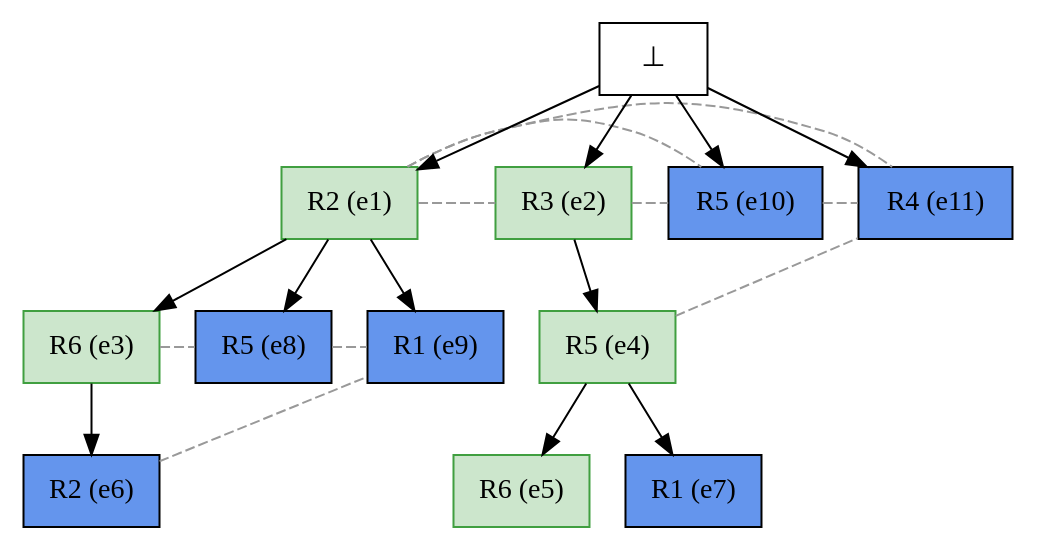
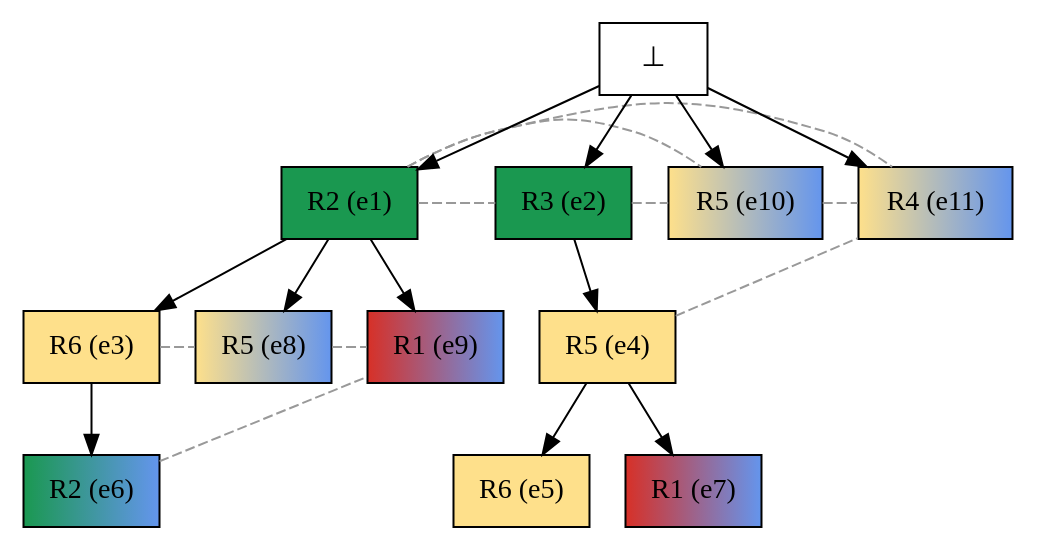
Before and after one commit to giannkas/ecofolder: the diagram in examples/tasmanian_toymodel_paper/tasmanian_toymodel_paper_pr_unf_evstr.dot, drawn with Graphviz. The commit also changed 27 other files, not shown here.

```diff
--- a/examples/tasmanian_toymodel_paper/tasmanian_toymodel_paper_pr_unf_evstr.dot
+++ b/examples/tasmanian_toymodel_paper/tasmanian_toymodel_paper_pr_unf_evstr.dot
@@ -1,37 +1,37 @@
 digraph test {
 
 //conflicts
   e1 -> e2 [arrowhead=none color=gray60 style=dashed constraint=false];
   e1 -> e10 [arrowhead=none color=gray60 style=dashed constraint=false];
   e1 -> e11 [arrowhead=none color=gray60 style=dashed constraint=false];
   e2 -> e10 [arrowhead=none color=gray60 style=dashed constraint=false];
   e3 -> e8 [arrowhead=none color=gray60 style=dashed constraint=false];
   e4 -> e11 [arrowhead=none color=gray60 style=dashed constraint=false];
   e6 -> e9 [arrowhead=none color=gray60 style=dashed constraint=false];
   e8 -> e9 [arrowhead=none color=gray60 style=dashed constraint=false];
   e10 -> e11 [arrowhead=none color=gray60 style=dashed constraint=false];
 
   e4 -> e5 [minlen=1];
   e2 -> e4 [minlen=1];
   e3 -> e6 [minlen=1];
   e1 -> e3 [minlen=1];
   e4 -> e7 [minlen=1];
   e1 -> e8 [minlen=1];
   e1 -> e9 [minlen=1];
   e0 -> e1 [minlen=1];
   e0 -> e2 [minlen=1];
   e0 -> e10 [minlen=1];
   e0 -> e11 [minlen=1];
-  e1 [color="#409f40" fillcolor="#cce6cc:#cce6cc" label="R2 (e1)" shape=box style=filled];
-  e2 [color="#409f40" fillcolor="#cce6cc:#cce6cc" label="R3 (e2)" shape=box style=filled];
-  e3 [color="#409f40" fillcolor="#cce6cc:#cce6cc" label="R6 (e3)" shape=box style=filled];
-  e4 [color="#409f40" fillcolor="#cce6cc:#cce6cc" label="R5 (e4)" shape=box style=filled];
-  e5 [color="#409f40" fillcolor="#cce6cc:#cce6cc" label="R6 (e5)" shape=box style=filled];
-  e6 [color="black" fillcolor="cornflowerblue:cornflowerblue" label="R2 (e6)" shape=box style=filled];
-  e7 [color="black" fillcolor="cornflowerblue:cornflowerblue" label="R1 (e7)" shape=box style=filled];
-  e8 [color="black" fillcolor="cornflowerblue:cornflowerblue" label="R5 (e8)" shape=box style=filled];
-  e9 [color="black" fillcolor="cornflowerblue:cornflowerblue" label="R1 (e9)" shape=box style=filled];
-  e10 [color="black" fillcolor="cornflowerblue:cornflowerblue" label="R5 (e10)" shape=box style=filled];
-  e11 [color="black" fillcolor="cornflowerblue:cornflowerblue" label="R4 (e11)" shape=box style=filled];
+  e1 [color="black" fillcolor="#1a9850:#1a9850" label="R2 (e1)" shape=box style=filled];
+  e2 [color="black" fillcolor="#1a9850:#1a9850" label="R3 (e2)" shape=box style=filled];
+  e3 [color="black" fillcolor="#fee08b:#fee08b" label="R6 (e3)" shape=box style=filled];
+  e4 [color="black" fillcolor="#fee08b:#fee08b" label="R5 (e4)" shape=box style=filled];
+  e5 [color="black" fillcolor="#fee08b:#fee08b" label="R6 (e5)" shape=box style=filled];
+  e6 [color="black" fillcolor="#1a9850:cornflowerblue" label="R2 (e6)" shape=box style=filled];
+  e7 [color="black" fillcolor="#d73027:cornflowerblue" label="R1 (e7)" shape=box style=filled];
+  e8 [color="black" fillcolor="#fee08b:cornflowerblue" label="R5 (e8)" shape=box style=filled];
+  e9 [color="black" fillcolor="#d73027:cornflowerblue" label="R1 (e9)" shape=box style=filled];
+  e10 [color="black" fillcolor="#fee08b:cornflowerblue" label="R5 (e10)" shape=box style=filled];
+  e11 [color="black" fillcolor="#fee08b:cornflowerblue" label="R4 (e11)" shape=box style=filled];
   e0 [fillcolor="white" label="⊥" shape=box style=filled];
 }
```
